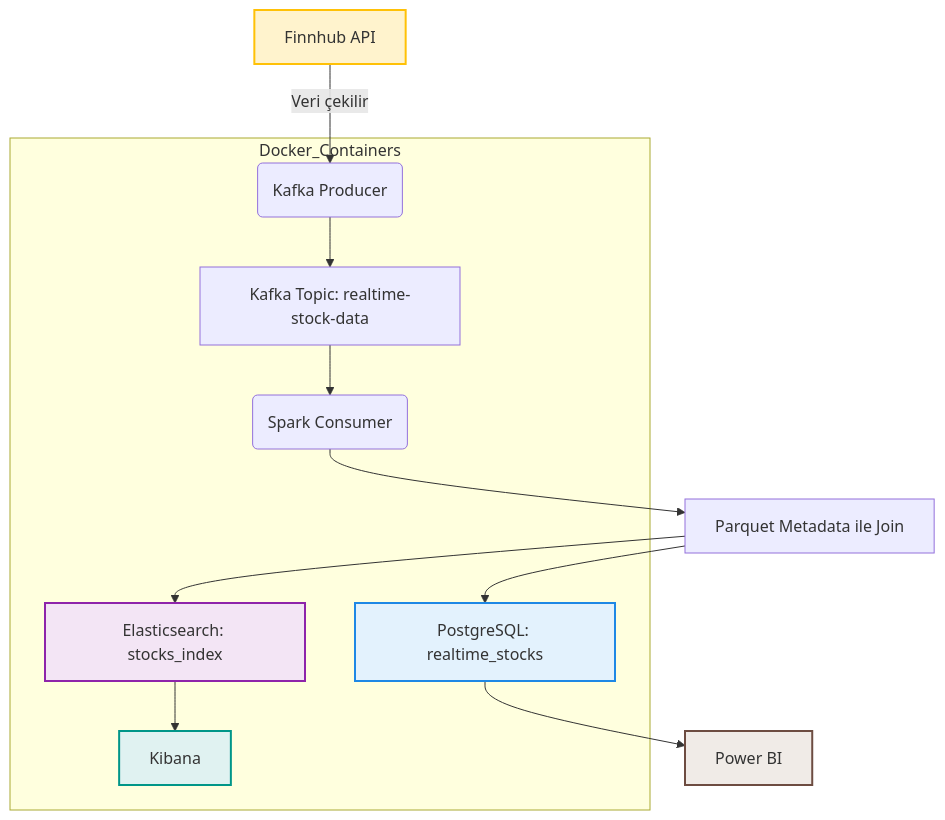
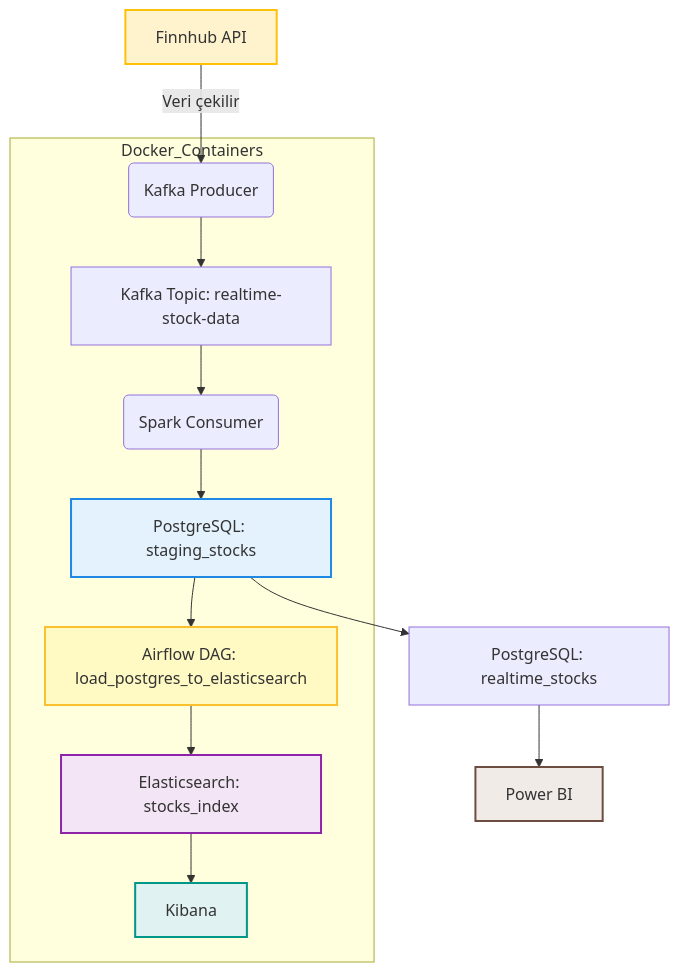
Before and after one commit to okankoken/MarketStream_AirSpark: the diagram in README.md, drawn with Mermaid.

Commit message:
mermaid diagram

````diff
--- a/README.md
+++ b/README.md
@@ -33,27 +33,32 @@
 ```mermaid
 flowchart TD
     A[Finnhub API] -->|Veri çekilir| B(Kafka Producer)
     B --> C[Kafka Topic: realtime-stock-data]
     C --> D(Spark Consumer)
-    D --> E[Parquet Metadata ile Join]
+    D --> E[PostgreSQL: staging_stocks]
     E --> F[PostgreSQL: realtime_stocks]
-    E --> G[Elasticsearch: stocks_index]
     F --> H[Power BI]
+
+    %% Airflow üzerinden ES yükleme
+    E --> J[Airflow DAG: load_postgres_to_elasticsearch]
+    J --> G[Elasticsearch: stocks_index]
     G --> I[Kibana]
 
     subgraph Docker_Containers
         B
         C
         D
-        F
+        E
         G
         I
+        J
     end
 
     %% Harici bileşenleri renklendirme
     style A fill:#fff3cd,stroke:#ffc107,stroke-width:2px
     style H fill:#f0ebe7,stroke:#6d4c41,stroke-width:2px
     style I fill:#e0f2f1,stroke:#009688,stroke-width:2px
     style G fill:#f3e5f5,stroke:#8e24aa,stroke-width:2px
-    style F fill:#e3f2fd,stroke:#1e88e5,stroke-width:2px
+    style E fill:#e3f2fd,stroke:#1e88e5,stroke-width:2px
+    style J fill:#fff9c4,stroke:#fbc02d,stroke-width:2px
 ```
````
